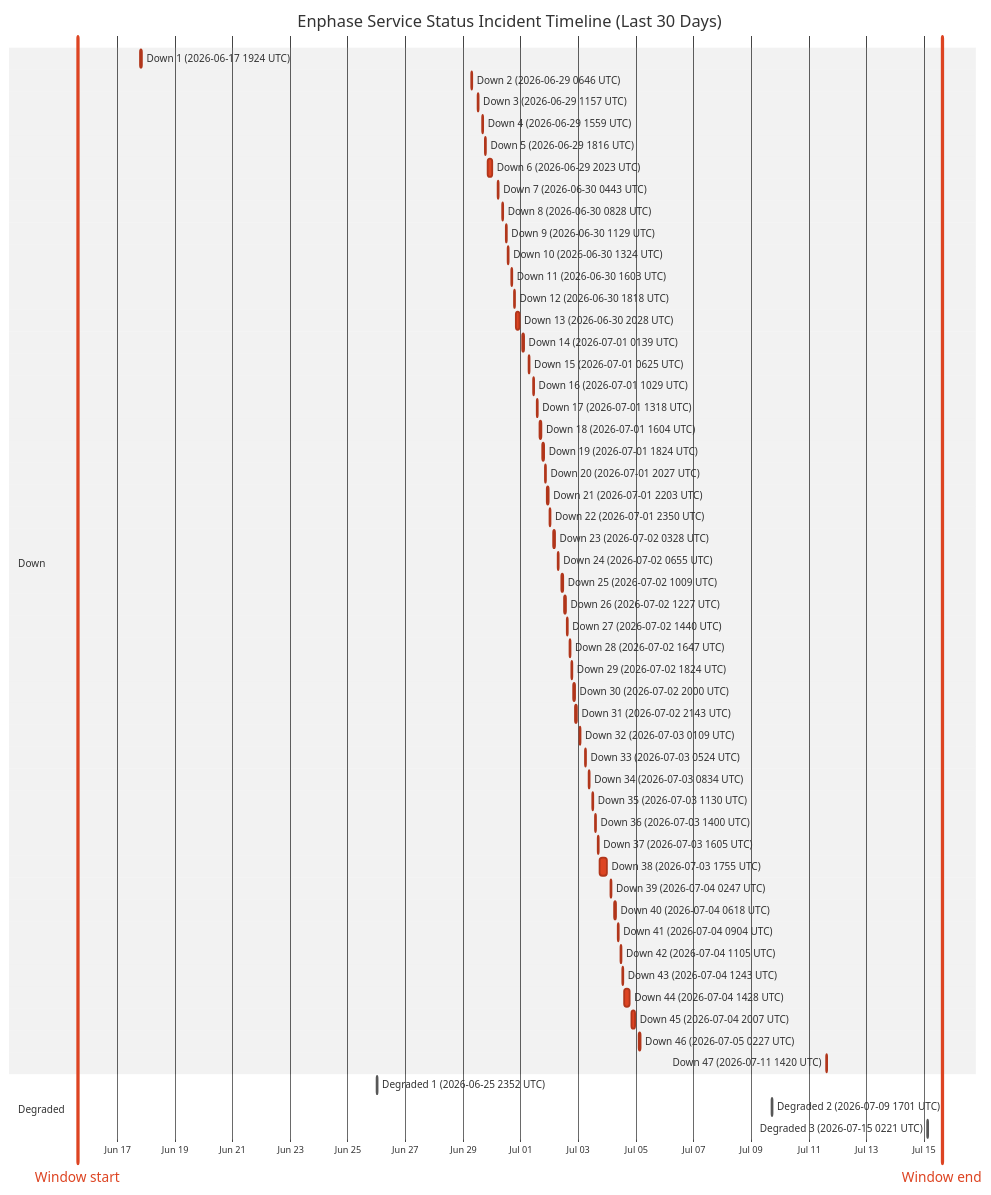
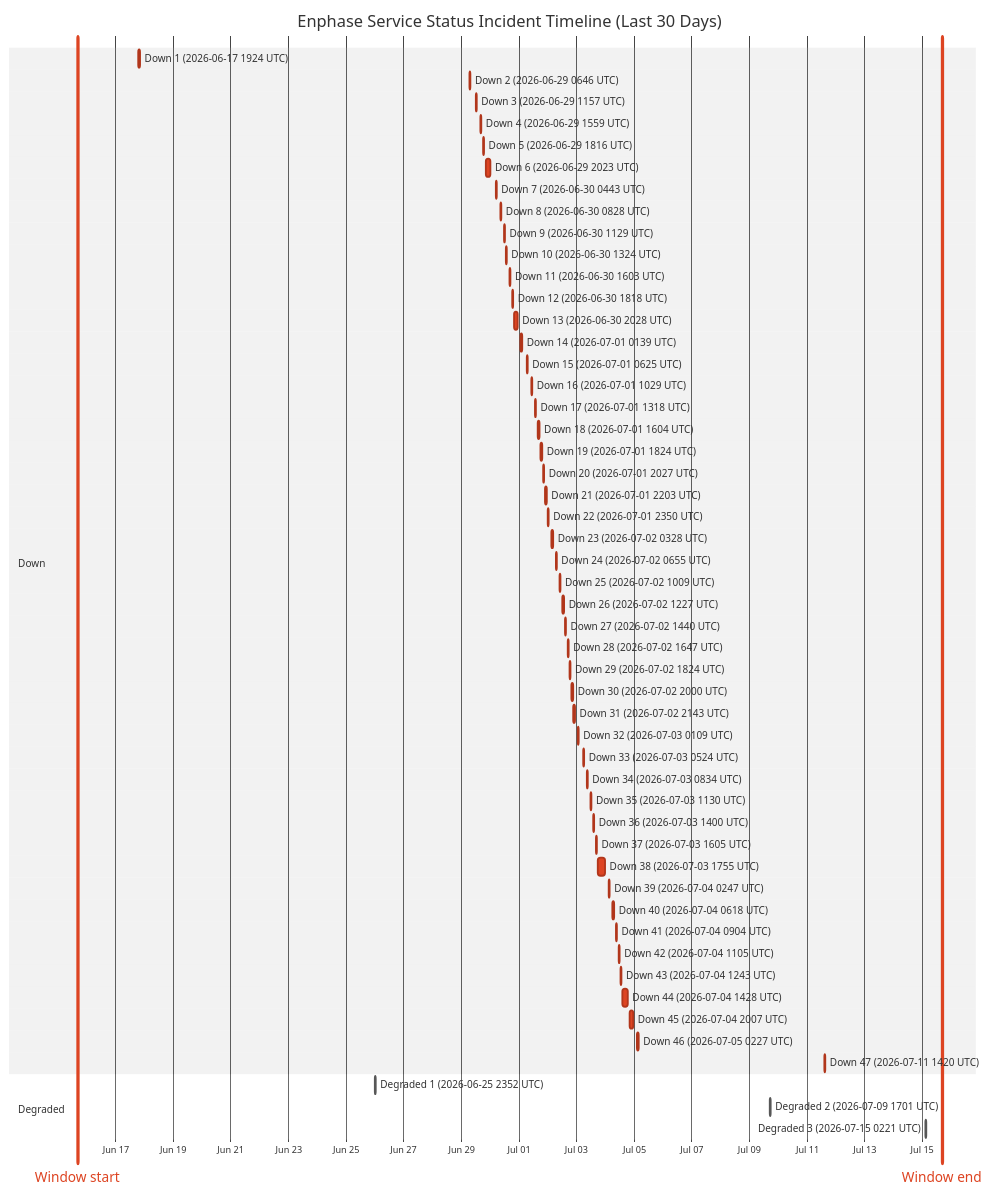
Before and after one commit to barneyonline/ha-enphase-energy: the diagram in wiki/Service-Status-History.md, drawn with Mermaid (neutral theme). The commit also changed other lines of this file and 3 other files, not shown here.

````diff
--- a/wiki/Service-Status-History.md
+++ b/wiki/Service-Status-History.md
@@ -14,60 +14,60 @@
 ```mermaid
 gantt
     title Enphase Service Status Incident Timeline (Last 30 Days)
     dateFormat  YYYY-MM-DDTHH:mm:ss
     axisFormat  %b %d
-    Window start :vert, window-start, 2026-06-15T14:48:54, 0ms
-    Window end :vert, window-end, 2026-07-15T14:48:54, 0ms
+    Window start :vert, window-start, 2026-06-15T16:20:31, 0ms
+    Window end :vert, window-end, 2026-07-15T16:20:31, 0ms
     section Down
     Down 1 (2026-06-17 1924 UTC) :crit, down-1, 2026-06-17T19:24:51, 60m
     Down 2 (2026-06-29 0646 UTC) :crit, down-2, 2026-06-29T06:46:18, 60m
     Down 3 (2026-06-29 1157 UTC) :crit, down-3, 2026-06-29T11:57:36, 60m
     Down 4 (2026-06-29 1559 UTC) :crit, down-4, 2026-06-29T15:59:02, 60m
     Down 5 (2026-06-29 1816 UTC) :crit, down-5, 2026-06-29T18:16:38, 60m
     Down 6 (2026-06-29 2023 UTC) :crit, down-6, 2026-06-29T20:23:16, 220m
     Down 7 (2026-06-30 0443 UTC) :crit, down-7, 2026-06-30T04:43:54, 60m
     Down 8 (2026-06-30 0828 UTC) :crit, down-8, 2026-06-30T08:28:43, 60m
     Down 9 (2026-06-30 1129 UTC) :crit, down-9, 2026-06-30T11:29:15, 60m
     Down 10 (2026-06-30 1324 UTC) :crit, down-10, 2026-06-30T13:24:25, 60m
     Down 11 (2026-06-30 1603 UTC) :crit, down-11, 2026-06-30T16:03:26, 60m
     Down 12 (2026-06-30 1818 UTC) :crit, down-12, 2026-06-30T18:18:39, 60m
     Down 13 (2026-06-30 2028 UTC) :crit, down-13, 2026-06-30T20:28:54, 171m
     Down 14 (2026-07-01 0139 UTC) :crit, down-14, 2026-07-01T01:39:18, 60m
     Down 15 (2026-07-01 0625 UTC) :crit, down-15, 2026-07-01T06:25:35, 60m
     Down 16 (2026-07-01 1029 UTC) :crit, down-16, 2026-07-01T10:29:24, 60m
     Down 17 (2026-07-01 1318 UTC) :crit, down-17, 2026-07-01T13:18:31, 60m
     Down 18 (2026-07-01 1604 UTC) :crit, down-18, 2026-07-01T16:04:29, 60m
     Down 19 (2026-07-01 1824 UTC) :crit, down-19, 2026-07-01T18:24:21, 60m
     Down 20 (2026-07-01 2027 UTC) :crit, down-20, 2026-07-01T20:27:17, 60m
     Down 21 (2026-07-01 2203 UTC) :crit, down-21, 2026-07-01T22:03:46, 60m
     Down 22 (2026-07-01 2350 UTC) :crit, down-22, 2026-07-01T23:50:52, 60m
     Down 23 (2026-07-02 0328 UTC) :crit, down-23, 2026-07-02T03:28:33, 60m
     Down 24 (2026-07-02 0655 UTC) :crit, down-24, 2026-07-02T06:55:07, 60m
     Down 25 (2026-07-02 1009 UTC) :crit, down-25, 2026-07-02T10:09:15, 60m
     Down 26 (2026-07-02 1227 UTC) :crit, down-26, 2026-07-02T12:27:49, 60m
     Down 27 (2026-07-02 1440 UTC) :crit, down-27, 2026-07-02T14:40:53, 60m
     Down 28 (2026-07-02 1647 UTC) :crit, down-28, 2026-07-02T16:47:47, 60m
     Down 29 (2026-07-02 1824 UTC) :crit, down-29, 2026-07-02T18:24:26, 60m
     Down 30 (2026-07-02 2000 UTC) :crit, down-30, 2026-07-02T20:00:57, 60m
     Down 31 (2026-07-02 2143 UTC) :crit, down-31, 2026-07-02T21:43:52, 80m
     Down 32 (2026-07-03 0109 UTC) :crit, down-32, 2026-07-03T01:09:19, 60m
     Down 33 (2026-07-03 0524 UTC) :crit, down-33, 2026-07-03T05:24:23, 60m
     Down 34 (2026-07-03 0834 UTC) :crit, down-34, 2026-07-03T08:34:05, 60m
     Down 35 (2026-07-03 1130 UTC) :crit, down-35, 2026-07-03T11:30:41, 60m
     Down 36 (2026-07-03 1400 UTC) :crit, down-36, 2026-07-03T14:00:48, 60m
     Down 37 (2026-07-03 1605 UTC) :crit, down-37, 2026-07-03T16:05:49, 60m
     Down 38 (2026-07-03 1755 UTC) :crit, down-38, 2026-07-03T17:55:54, 338m
     Down 39 (2026-07-04 0247 UTC) :crit, down-39, 2026-07-04T02:47:22, 60m
     Down 40 (2026-07-04 0618 UTC) :crit, down-40, 2026-07-04T06:18:09, 60m
     Down 41 (2026-07-04 0904 UTC) :crit, down-41, 2026-07-04T09:04:41, 60m
     Down 42 (2026-07-04 1105 UTC) :crit, down-42, 2026-07-04T11:05:21, 60m
     Down 43 (2026-07-04 1243 UTC) :crit, down-43, 2026-07-04T12:43:25, 60m
     Down 44 (2026-07-04 1428 UTC) :crit, down-44, 2026-07-04T14:28:07, 243m
     Down 45 (2026-07-04 2007 UTC) :crit, down-45, 2026-07-04T20:07:50, 206m
     Down 46 (2026-07-05 0227 UTC) :crit, down-46, 2026-07-05T02:27:32, 109m
     Down 47 (2026-07-11 1420 UTC) :crit, down-47, 2026-07-11T14:20:54, 69m
     section Degraded
     Degraded 1 (2026-06-25 2352 UTC) :active, degraded-1, 2026-06-25T23:52:01, 60m
     Degraded 2 (2026-07-09 1701 UTC) :active, degraded-2, 2026-07-09T17:01:02, 60m
     Degraded 3 (2026-07-15 0221 UTC) :active, degraded-3, 2026-07-15T02:21:35, 60m
 ```
````
